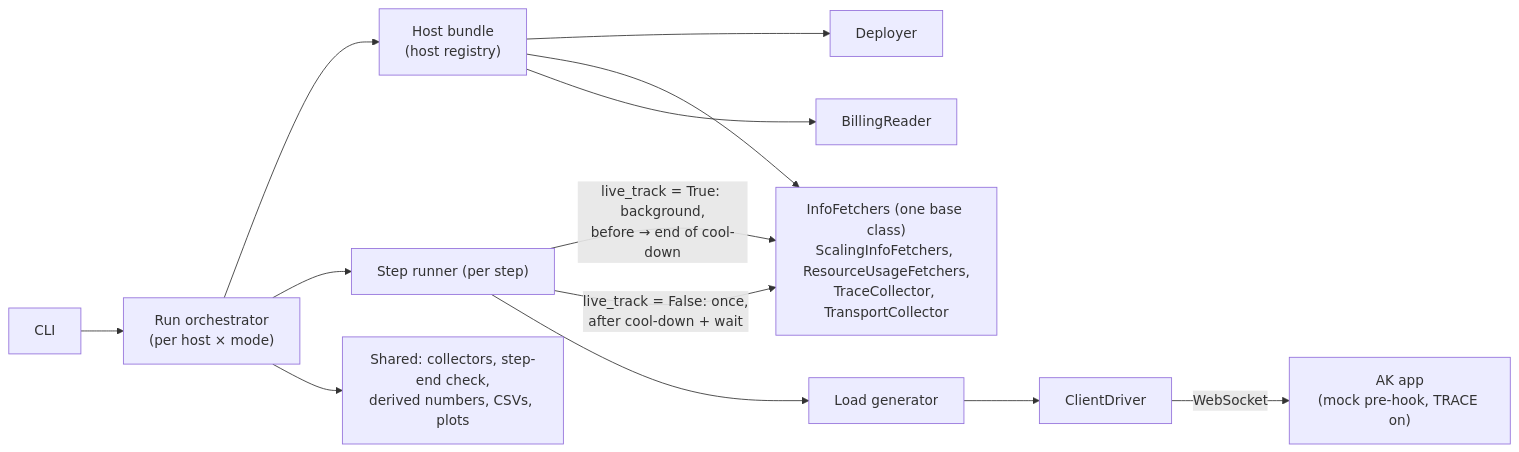
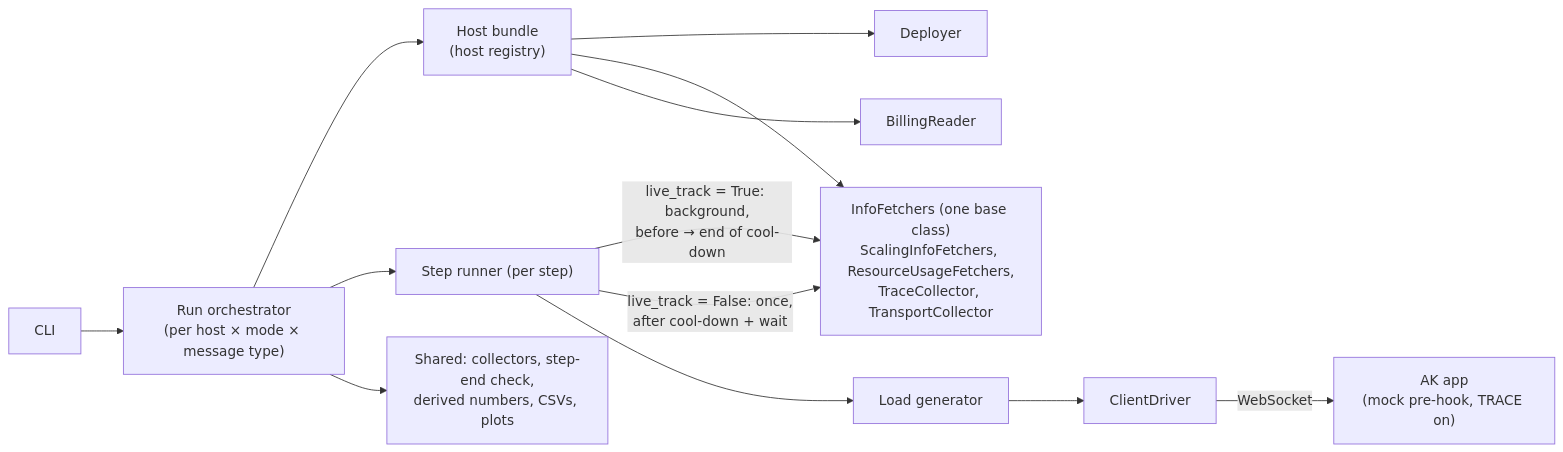
The first of 2 diagrams in docs/specs/786-benchmark-system/design.md (yaalalabs/agent-kernel), drawn with Mermaid before and after one commit. The commit also changed other lines of this file and 1 other file, not shown here.

Commit message:
exection mode revamp updates

````diff
--- a/docs/specs/786-benchmark-system/design.md
+++ b/docs/specs/786-benchmark-system/design.md
@@ -351,15 +352,15 @@
 ```mermaid
 graph LR
-    CLI["CLI"] --> ORCH["Run orchestrator<br/>(per host × mode)"]
+    CLI["CLI"] --> ORCH["Run orchestrator<br/>(per host × mode × message type)"]
     ORCH --> HOST["Host bundle<br/>(host registry)"]
     HOST --> DEP["Deployer"]
     HOST --> IF["InfoFetchers (one base class)<br/>ScalingInfoFetchers, ResourceUsageFetchers,<br/>TraceCollector, TransportCollector"]
     HOST --> COST["BillingReader"]
     ORCH --> SR["Step runner (per step)"]
     SR -->|"live_track = True: background,<br/>before → end of cool-down"| IF
     SR -->|"live_track = False: once,<br/>after cool-down + wait"| IF
     SR --> LG["Load generator"]
     LG --> DRV["ClientDriver"]
     DRV -->|WebSocket| AK["AK app<br/>(mock pre-hook, TRACE on)"]
     ORCH --> SHARED["Shared: collectors, step-end check,<br/>derived numbers, CSVs, plots"]
 ```
````
